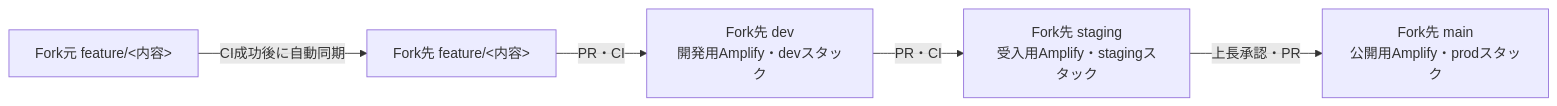
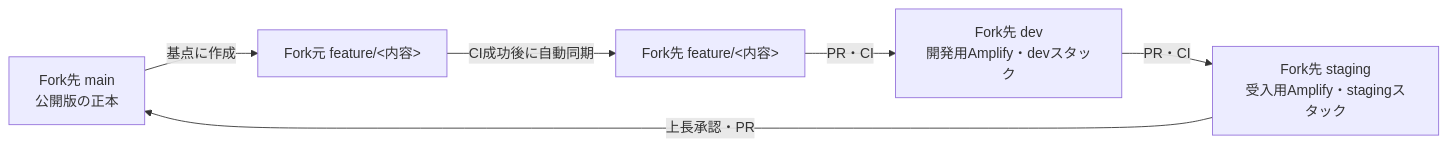
Before and after one commit to DaisukeShirai/RENO: the diagram in docs/workflows/environment-workflow.md, drawn with Mermaid. The commit also changed other lines of this file and 3 other files, not shown here.

````diff
--- a/docs/workflows/environment-workflow.md
+++ b/docs/workflows/environment-workflow.md
@@ -21,7 +22,8 @@
 ```mermaid
 flowchart LR
-  OF["Fork元 feature/<内容>"] -->|"CI成功後に自動同期"| FF["Fork先 feature/<内容>"]
+  FM["Fork先 main\n公開版の正本"] -->|"基点に作成"| OF["Fork元 feature/<内容>"]
+  OF -->|"CI成功後に自動同期"| FF["Fork先 feature/<内容>"]
   FF -->|"PR・CI"| D["Fork先 dev\n開発用Amplify・devスタック"]
   D -->|"PR・CI"| S["Fork先 staging\n受入用Amplify・stagingスタック"]
-  S -->|"上長承認・PR"| M["Fork先 main\n公開用Amplify・prodスタック"]
+  S -->|"上長承認・PR"| FM
 ```
````
